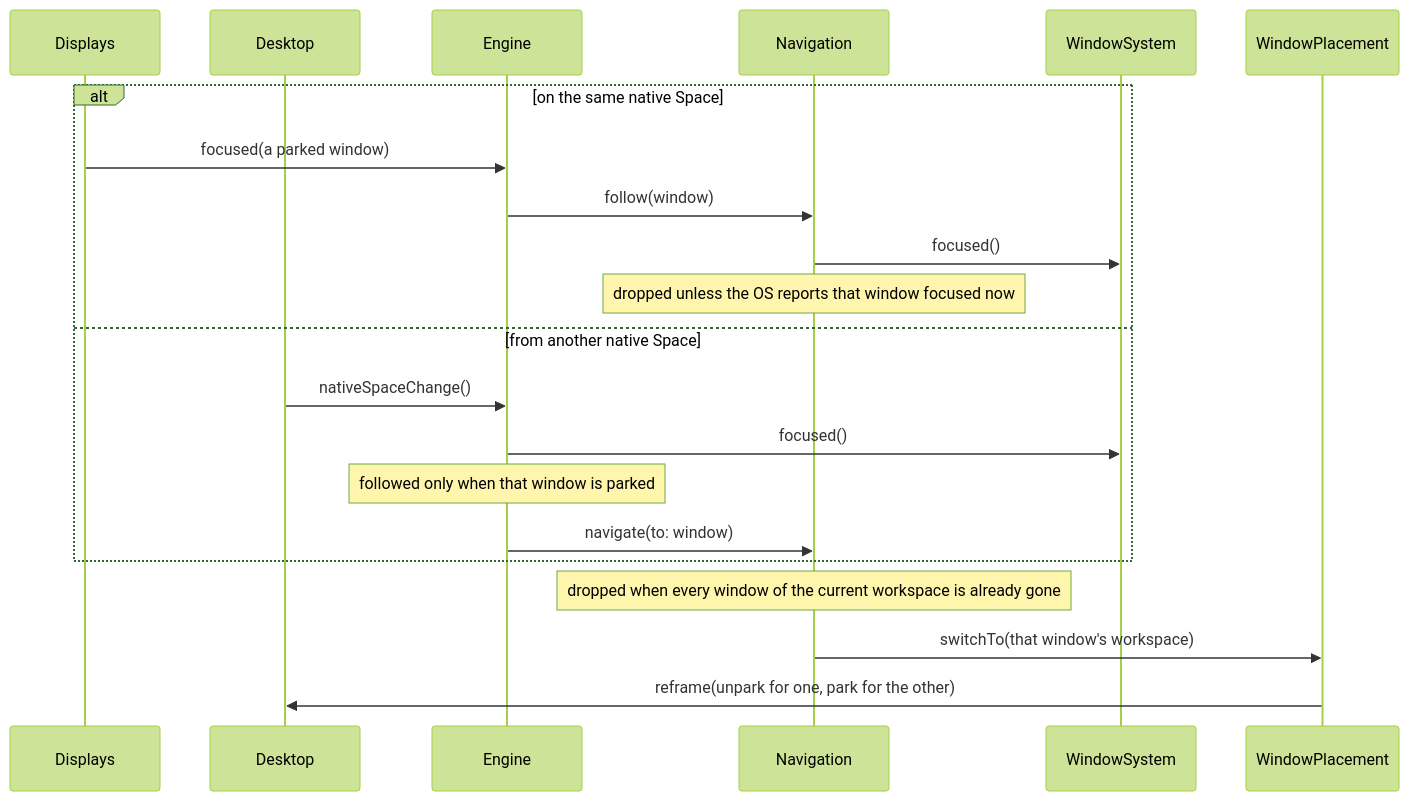
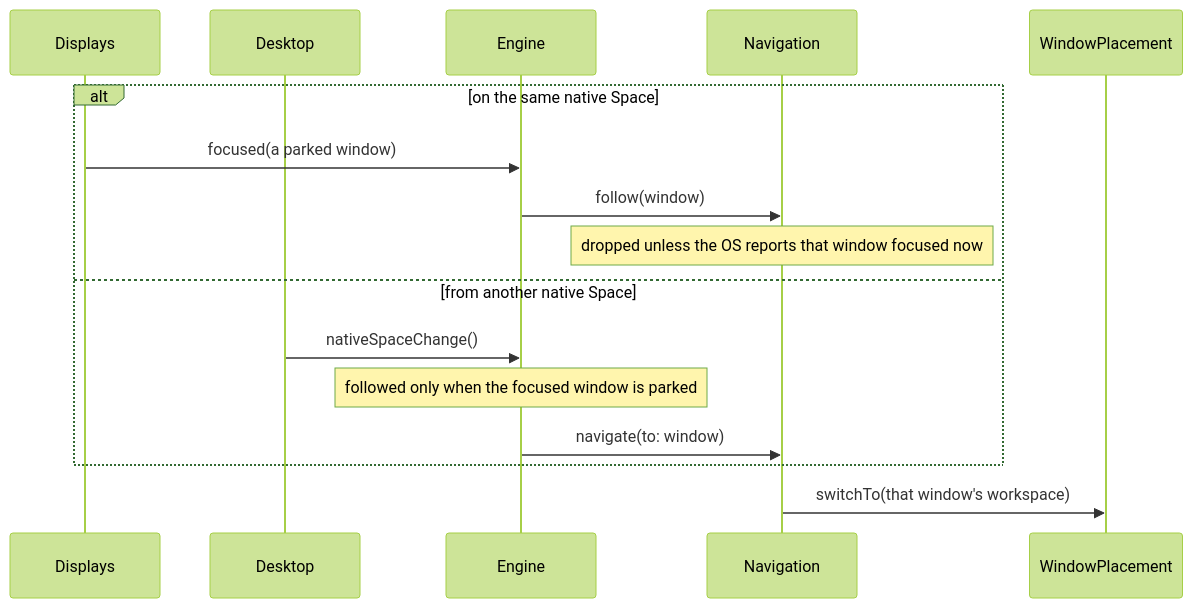
Before and after one commit to brennovich/ottowm: diagram 15 of 25 in ARCHITECTURE.md, drawn with Mermaid (forest theme). The commit also changed other lines of this file, not shown here.

````diff
--- a/ARCHITECTURE.md
+++ b/ARCHITECTURE.md
@@ -399,24 +364,19 @@
 ```mermaid
 sequenceDiagram
     participant Displays
     participant Desktop
     participant Engine
     participant Navigation
-    participant WindowSystem
     participant WindowPlacement
 
     alt on the same native Space
         Displays->>Engine: focused(a parked window)
         Engine->>Navigation: follow(window)
-        Navigation->>WindowSystem: focused()
         Note over Navigation: dropped unless the OS reports that window focused now
     else from another native Space
         Desktop->>Engine: nativeSpaceChange()
-        Engine->>WindowSystem: focused()
-        Note over Engine: followed only when that window is parked
+        Note over Engine: followed only when the focused window is parked
         Engine->>Navigation: navigate(to: window)
     end
-    Note over Navigation: dropped when every window of the current workspace is already gone
     Navigation->>WindowPlacement: switchTo(that window's workspace)
-    WindowPlacement->>Desktop: reframe(unpark for one, park for the other)
 ```
````
